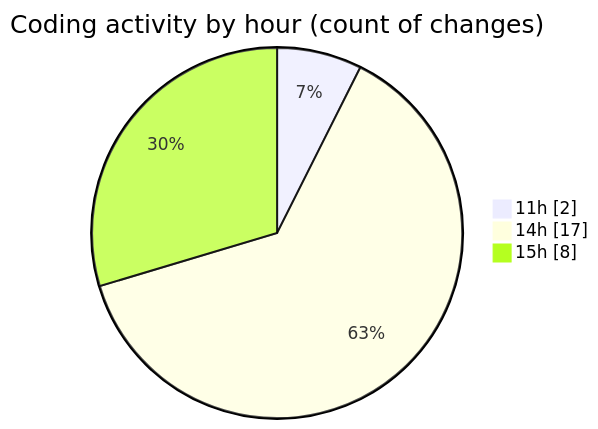
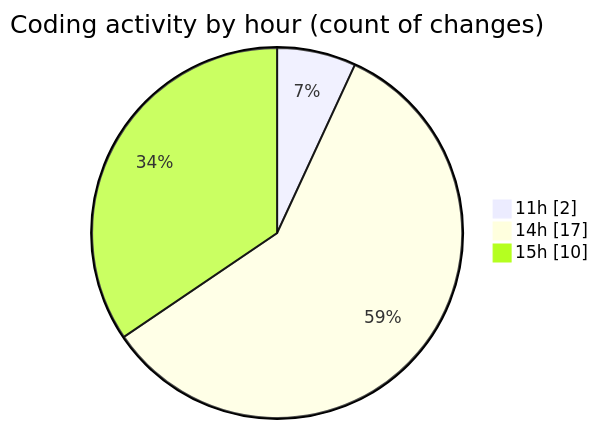
Before and after one commit to momahboobian/code-tracking: the second of 2 diagrams in 2026-03-16/cda/README.md, drawn with Mermaid. The commit also changed other lines of this file and 1 other file, not shown here.

````diff
--- a/2026-03-16/cda/README.md
+++ b/2026-03-16/cda/README.md
@@ -39,7 +41,7 @@
 ```mermaid
 pie showData
 title Coding activity by hour (count of changes)
 "11h" : 2
 "14h" : 17
-"15h" : 8
+"15h" : 10
 ```
````
